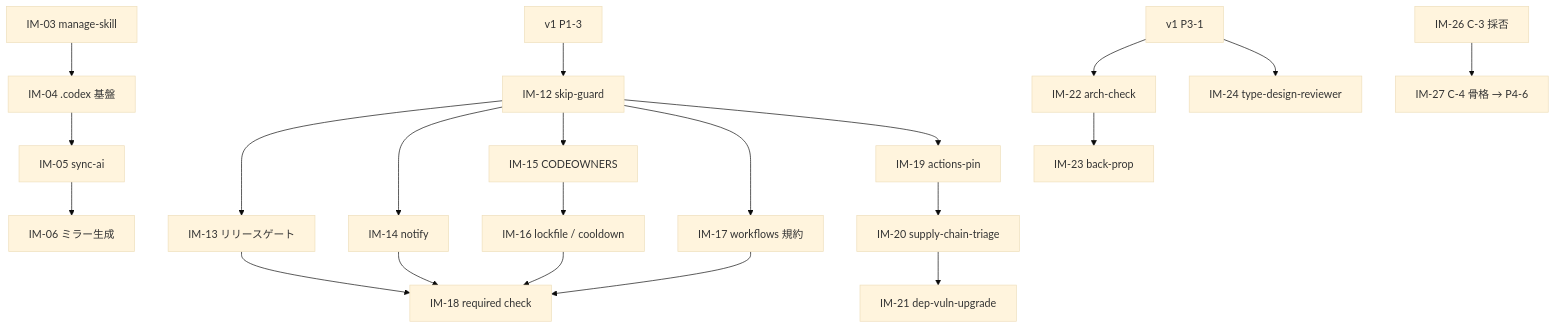
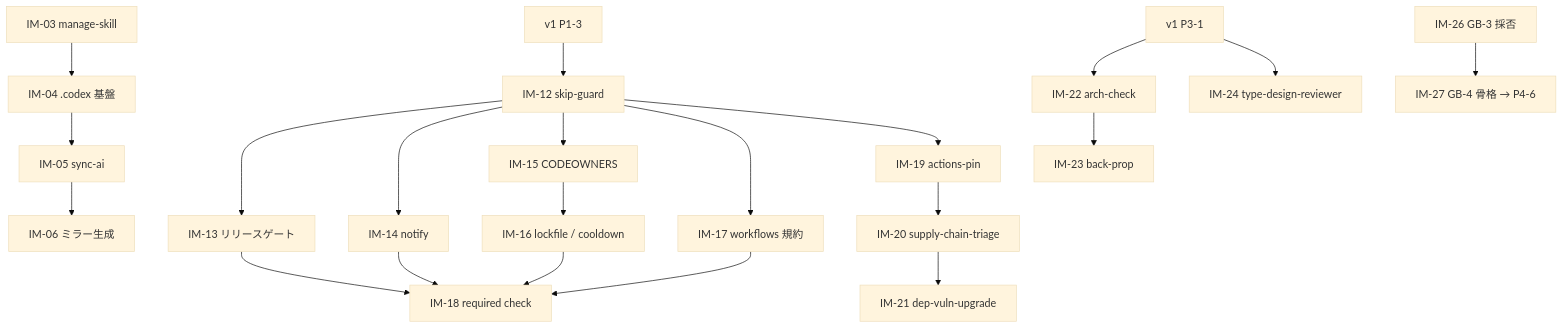
One commit to Tomy-ch/nextjs-boilerplate changed the diagram in docs/plan/go-boilerplate-import-plan.md. Above: the diagram before and after it, drawn with Mermaid (base theme). The commit also changed other lines of this file and 7 other files, not shown here.

````diff
--- a/docs/plan/go-boilerplate-import-plan.md
+++ b/docs/plan/go-boilerplate-import-plan.md
@@ -94,20 +94,20 @@
 ```mermaid
 flowchart TD
   IM03["IM-03 manage-skill"] --> IM04["IM-04 .codex 基盤"]
   IM04 --> IM05["IM-05 sync-ai"]
   IM05 --> IM06["IM-06 ミラー生成"]
   P13["v1 P1-3"] --> IM12["IM-12 skip-guard"]
   IM12 --> IM13["IM-13 リリースゲート"]
   IM12 --> IM14["IM-14 notify"]
   IM12 --> IM15["IM-15 CODEOWNERS"]
   IM15 --> IM16["IM-16 lockfile / cooldown"]
   IM12 --> IM17["IM-17 workflows 規約"]
   IM13 & IM14 & IM16 & IM17 --> IM18["IM-18 required check"]
   IM12 --> IM19["IM-19 actions-pin"]
   IM19 --> IM20["IM-20 supply-chain-triage"]
   IM20 --> IM21["IM-21 dep-vuln-upgrade"]
   P31["v1 P3-1"] --> IM22["IM-22 arch-check"]
   IM22 --> IM23["IM-23 back-prop"]
   P31 --> IM24["IM-24 type-design-reviewer"]
-  IM26["IM-26 C-3 採否"] --> IM27["IM-27 C-4 骨格 → P4-6"]
+  IM26["IM-26 GB-3 採否"] --> IM27["IM-27 GB-4 骨格 → P4-6"]
 ```
````
